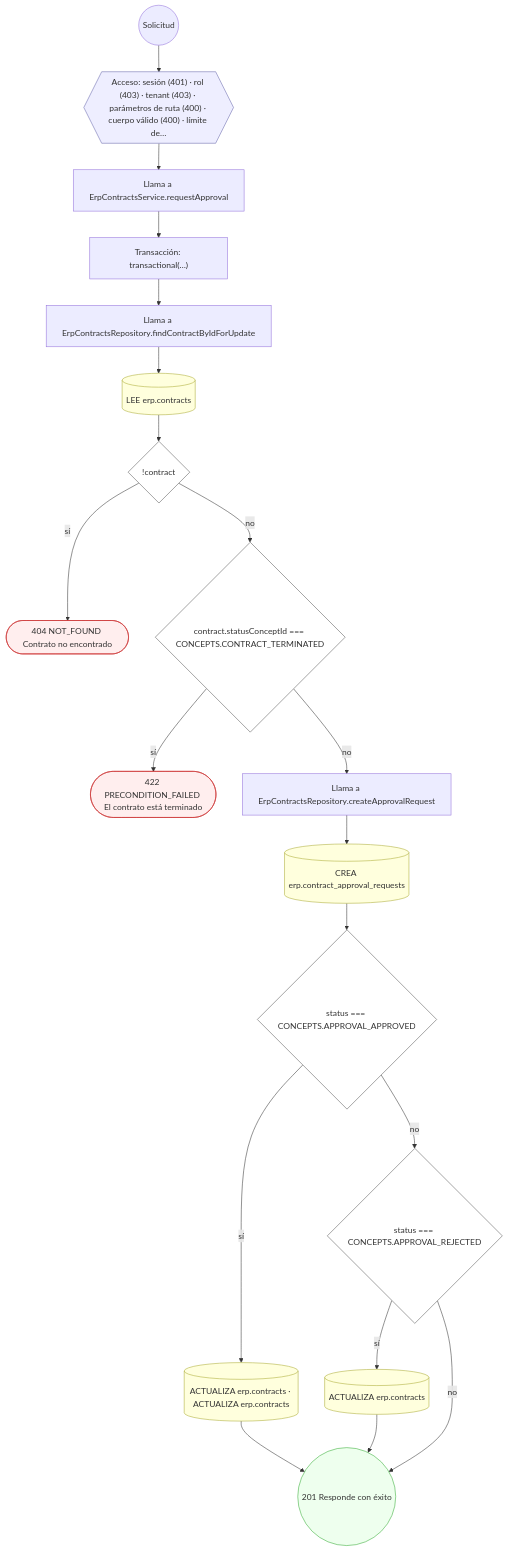
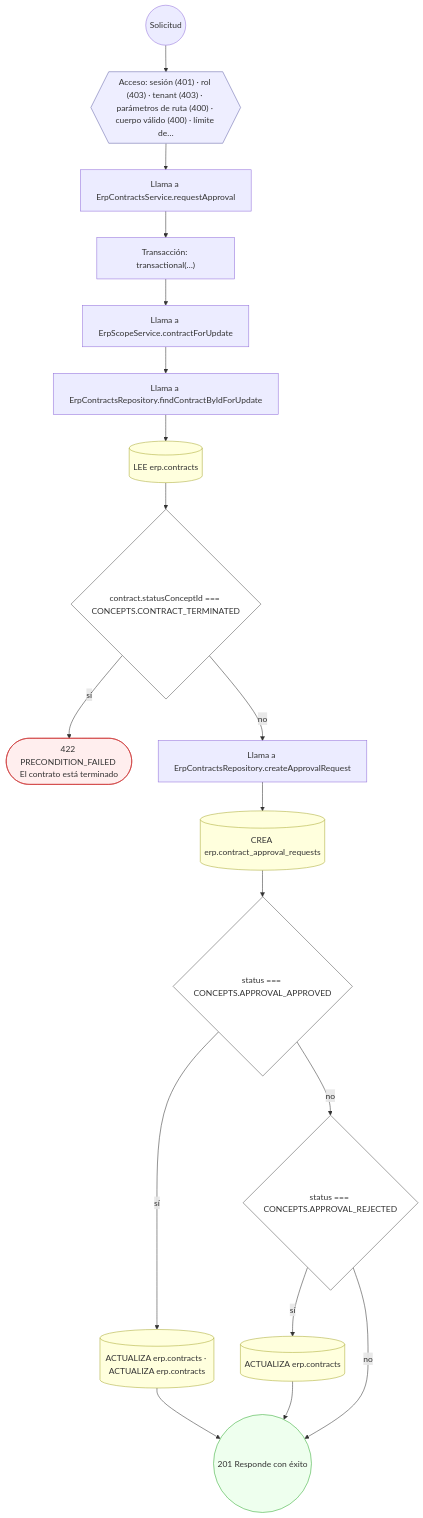
The seventh of 16 diagrams in docs/inventario/flujos/erp.md (mdavila-2001/mantra-core-health-api), drawn with Mermaid before and after one commit. The commit also changed other lines of this file and 438 other files, not shown here.

````diff
--- a/docs/inventario/flujos/erp.md
+++ b/docs/inventario/flujos/erp.md
@@ -499,44 +533,42 @@
 ```mermaid
 flowchart TD
   n1(("Solicitud")):::inicio
   n2{{"Acceso: sesión (401) · rol (403) · tenant (403) · parámetros de ruta (400) · cuerpo válido (400) · límite de…"}}:::acceso
   n1 --> n2
   n3["Llama a ErpContractsService.requestApproval"]:::llamada
   n2 --> n3
   n4["Transacción: transactional(…)"]:::transaccion
   n3 --> n4
-  n5["Llama a ErpContractsRepository.findContractByIdForUpdate"]:::llamada
+  n5["Llama a ErpScopeService.contractForUpdate"]:::llamada
   n4 --> n5
-  n6[("LEE erp.contracts")]:::efecto
+  n6["Llama a ErpContractsRepository.findContractByIdForUpdate"]:::llamada
   n5 --> n6
-  n7{"!contract"}:::decision
+  n7[("LEE erp.contracts")]:::efecto
   n6 --> n7
-  n8(["404 NOT_FOUND Contrato no encontrado"]):::error
-  n7 -->|"sí"| n8
-  n9{"contract.statusConceptId === CONCEPTS.CONTRACT_TERMINATED"}:::decision
-  n7 -->|"no"| n9
-  n10(["422 PRECONDITION_FAILED El contrato está terminado"]):::error
-  n9 -->|"sí"| n10
-  n11["Llama a ErpContractsRepository.createApprovalRequest"]:::llamada
-  n9 -->|"no"| n11
-  n12[("CREA erp.contract_approval_requests")]:::efecto
+  n8{"contract.statusConceptId === CONCEPTS.CONTRACT_TERMINATED"}:::decision
+  n7 --> n8
+  n9(["422 PRECONDITION_FAILED El contrato está terminado"]):::error
+  n8 -->|"sí"| n9
+  n10["Llama a ErpContractsRepository.createApprovalRequest"]:::llamada
+  n8 -->|"no"| n10
+  n11[("CREA erp.contract_approval_requests")]:::efecto
+  n10 --> n11
+  n12{"status === CONCEPTS.APPROVAL_APPROVED"}:::decision
   n11 --> n12
-  n13{"status === CONCEPTS.APPROVAL_APPROVED"}:::decision
-  n12 --> n13
-  n14[("ACTUALIZA erp.contracts · ACTUALIZA erp.contracts")]:::efecto
-  n13 -->|"sí"| n14
-  n15{"status === CONCEPTS.APPROVAL_REJECTED"}:::decision
-  n13 -->|"no"| n15
-  n16[("ACTUALIZA erp.contracts")]:::efecto
-  n15 -->|"sí"| n16
-  n17(("201 Responde con éxito")):::ok
-  n14 --> n17
-  n16 --> n17
-  n15 -->|"no"| n17
+  n13[("ACTUALIZA erp.contracts · ACTUALIZA erp.contracts")]:::efecto
+  n12 -->|"sí"| n13
+  n14{"status === CONCEPTS.APPROVAL_REJECTED"}:::decision
+  n12 -->|"no"| n14
+  n15[("ACTUALIZA erp.contracts")]:::efecto
+  n14 -->|"sí"| n15
+  n16(("201 Responde con éxito")):::ok
+  n13 --> n16
+  n15 --> n16
+  n14 -->|"no"| n16
   classDef acceso fill:#eef,stroke:#66a
   classDef error fill:#fee,stroke:#c33
   classDef ok fill:#efe,stroke:#3a3
   classDef efecto fill:#ffd,stroke:#aa3
   classDef decision fill:#fff,stroke:#555
   classDef corte fill:#eee,stroke:#999,stroke-dasharray: 4
 ```
````
